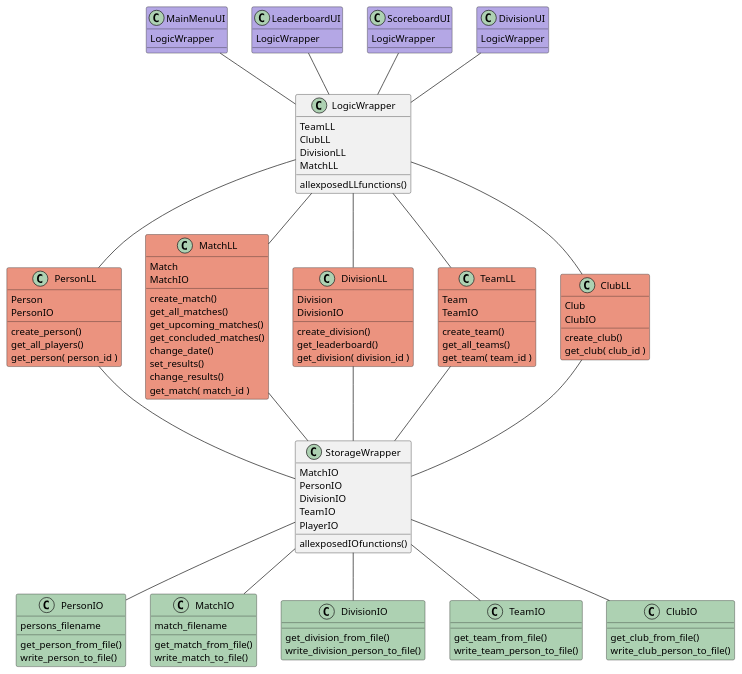
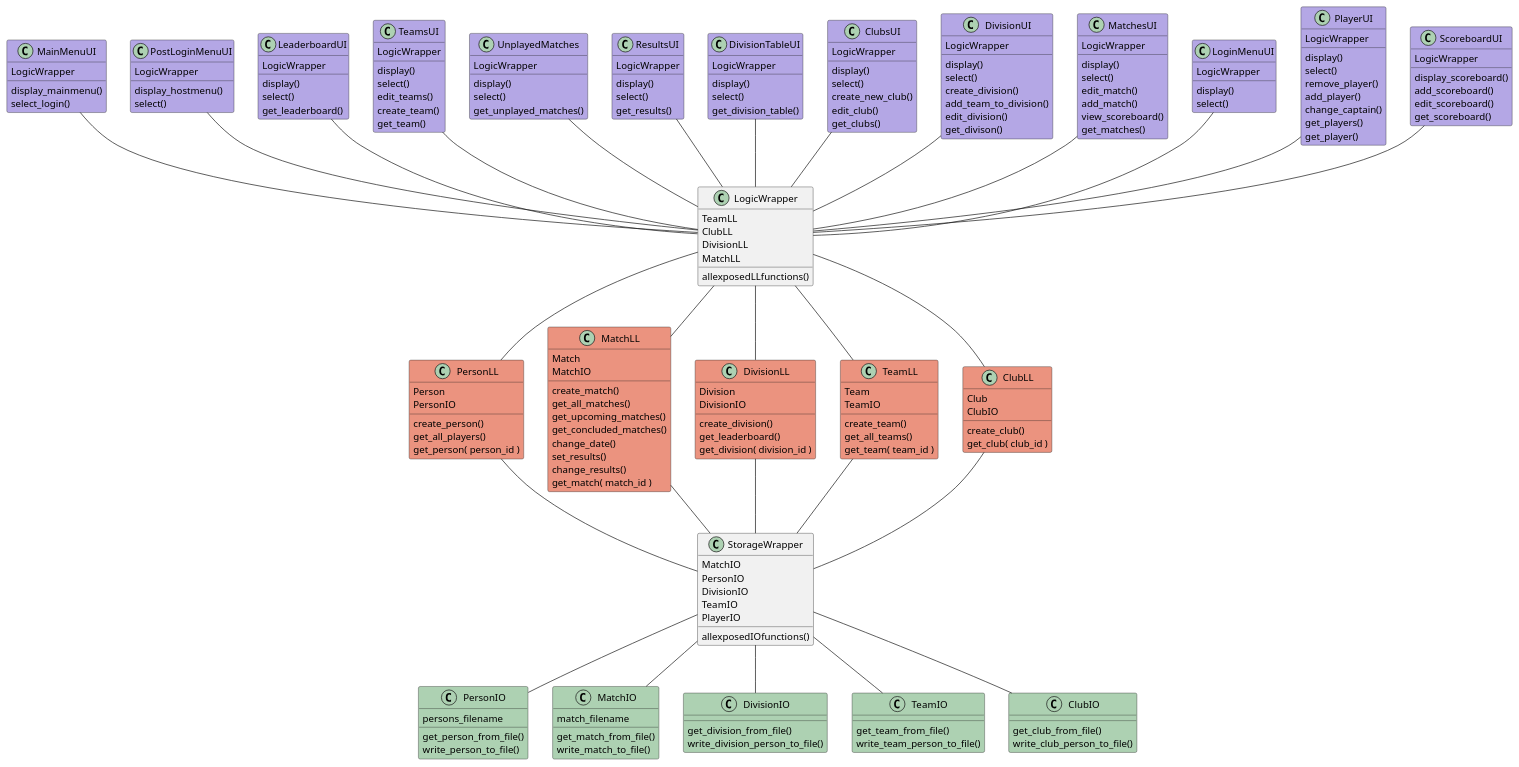
Before and after one commit to StankWizardLizard/VNL1-2022-HOPUR-28: the diagram in Honnun/ClassDiagram/three_layer_diagram.puml, drawn with PlantUML.

Commit message:
added ui classes

```diff
--- a/Honnun/ClassDiagram/three_layer_diagram.puml
+++ b/Honnun/ClassDiagram/three_layer_diagram.puml
@@ -2,15 +2,95 @@
 
 class MainMenuUI  #B4a7e5 {
     LogicWrapper
+    display_mainmenu()
+    select_login()
+}
+class PostLoginMenuUI #B4a7e5 {
+    LogicWrapper
+    display_hostmenu()
+    select()
 }
 class LeaderboardUI #B4a7e5 {
     LogicWrapper
+    display()
+    select()
+    get_leaderboard()
 }
+class TeamsUI #B4a7e5{
+    LogicWrapper
+    display()
+    select()
+    edit_teams()
+    create_team()
+    get_team()
+}
+class UnplayedMatches #B4a7e5{
+    LogicWrapper
+    display()
+    select()
+    get_unplayed_matches()
+}
+class ResultsUI #B4a7e5{
+    LogicWrapper
+    display()
+    select()
+    get_results()
+}
+class DivisionTableUI #B4a7e5{
+    LogicWrapper
+    display()
+    select()
+    get_division_table()
+}
+class ClubsUI #B4a7e5{
+    LogicWrapper
+    display()
+    select()
+    create_new_club()
+    edit_club()
+    get_clubs()
+}
+class DivisionUI #B4a7e5{
+    LogicWrapper
+    display()
+    select()
+    create_division()
+    add_team_to_division()
+    edit_division()
+    get_divison()
+}
+class MatchesUI #B4a7e5{
+    LogicWrapper
+    display()
+    select()
+    edit_match()
+    add_match()
+    view_scoreboard()
+    get_matches()
+}
+class LoginMenuUI #B4a7e5{
+    LogicWrapper
+    display()
+    select()
+}
+
+class PlayerUI #B4a7e5 {
+    LogicWrapper
+    display()
+    select()
+    remove_player()
+    add_player()
+    change_captain()
+    get_players()
+    get_player()
+}
+
 class ScoreboardUI #B4a7e5 {
     LogicWrapper
-}
-class DivisionUI #B4a7e5 {
-    LogicWrapper
+    display_scoreboard()
+    add_scoreboard()
+    edit_scoreboard()
+    get_scoreboard()
 }
 
 class PersonLL #EB937F{
@@ -77,6 +157,17 @@
 LeaderboardUI -- LogicWrapper
 ScoreboardUI -- LogicWrapper
 DivisionUI -- LogicWrapper
+PostLoginMenuUI --  LogicWrapper
+UnplayedMatches -- LogicWrapper
+TeamsUI -- LogicWrapper
+DivisionTableUI -- LogicWrapper
+ClubsUI --  LogicWrapper
+MatchesUI -- LogicWrapper
+LoginMenuUI -- LogicWrapper
+ResultsUI -- LogicWrapper
+PlayerUI-- LogicWrapper
+
+
 
 PersonLL -- StorageWrapper 
 TeamLL -- StorageWrapper 
```
